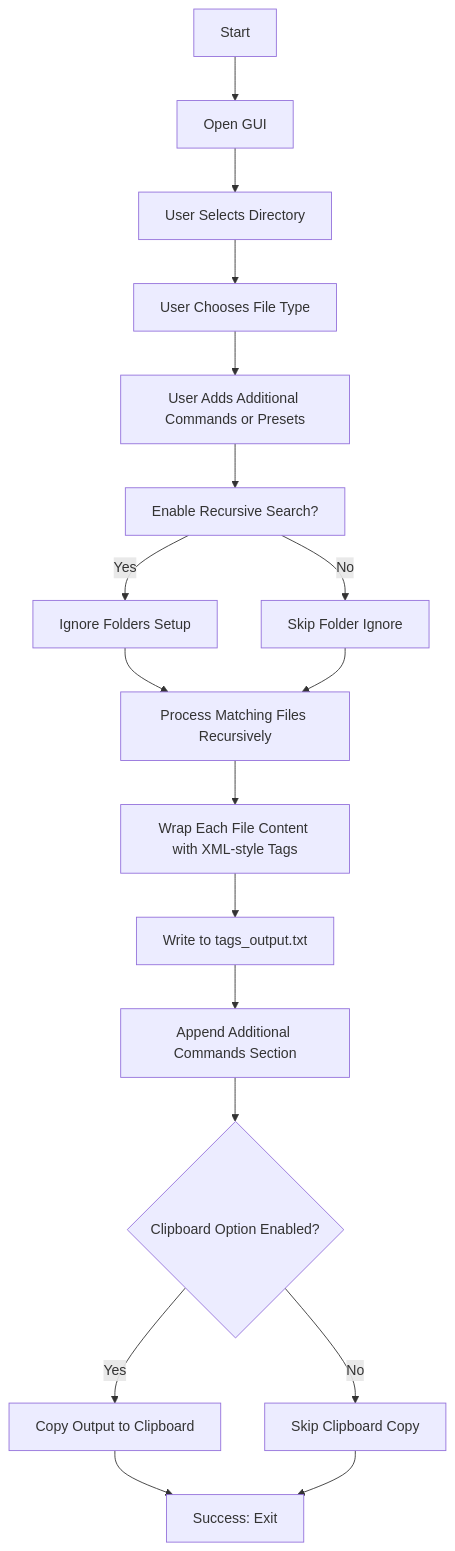
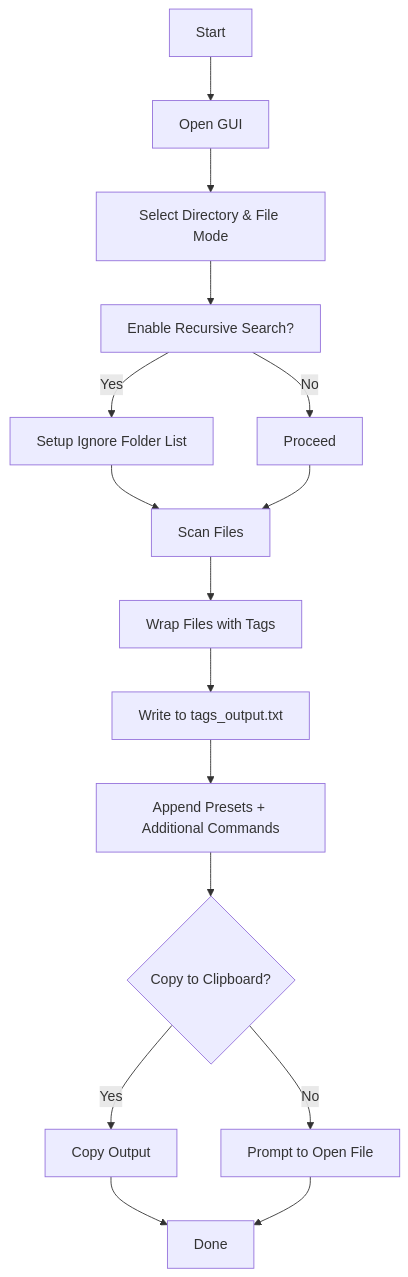
Before and after one commit to multiplex55/code-file-wrapper: the diagram in README.md, drawn with Mermaid. The commit also changed other lines of this file and 5 other files, not shown here.

````diff
--- a/README.md
+++ b/README.md
@@ -89,20 +86,18 @@
 ```mermaid
 graph TD;
     A[Start] --> B[Open GUI]
-    B --> C[User Selects Directory]
-    C --> D[User Chooses File Type]
-    D --> E[User Adds Additional Commands or Presets]
-    E --> F[Enable Recursive Search?]
-    F -->|Yes| G[Ignore Folders Setup]
-    F -->|No| H[Skip Folder Ignore]
-    G --> I[Process Matching Files Recursively]
-    H --> I
-    I --> J[Wrap Each File Content with XML-style Tags]
-    J --> K[Write to tags_output.txt]
-    K --> L[Append Additional Commands Section]
-    L --> M{Clipboard Option Enabled?}
-    M -->|Yes| N[Copy Output to Clipboard]
-    M -->|No| O[Skip Clipboard Copy]
-    N --> P[Success: Exit]
-    O --> P
+    B --> C[Select Directory & File Mode]
+    C --> D[Enable Recursive Search?]
+    D -->|Yes| E[Setup Ignore Folder List]
+    D -->|No| F[Proceed]
+    E --> G[Scan Files]
+    F --> G
+    G --> H[Wrap Files with <RelativePath> Tags]
+    H --> I[Write to tags_output.txt]
+    I --> J[Append Presets + Additional Commands]
+    J --> K{Copy to Clipboard?}
+    K -->|Yes| L[Copy Output]
+    K -->|No| M[Prompt to Open File]
+    L --> N[Done]
+    M --> N
 ```
````
